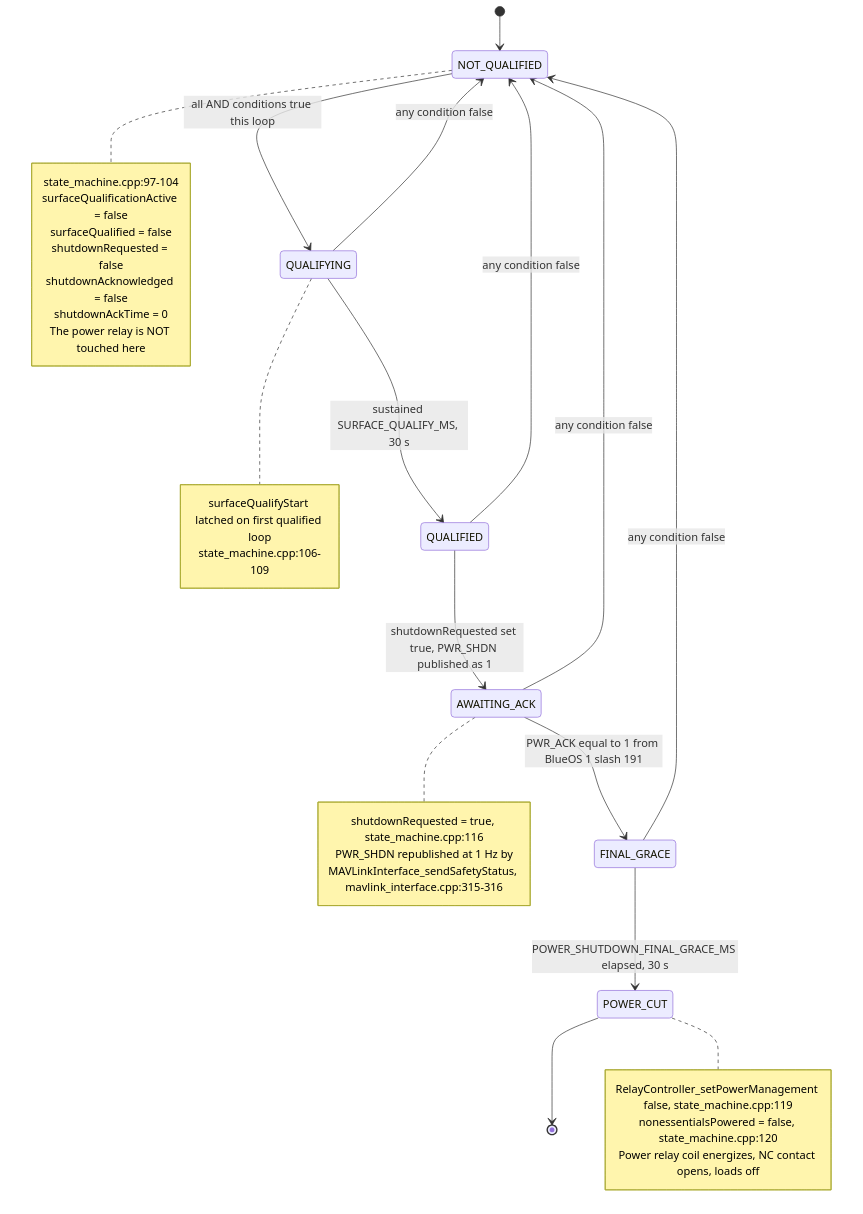
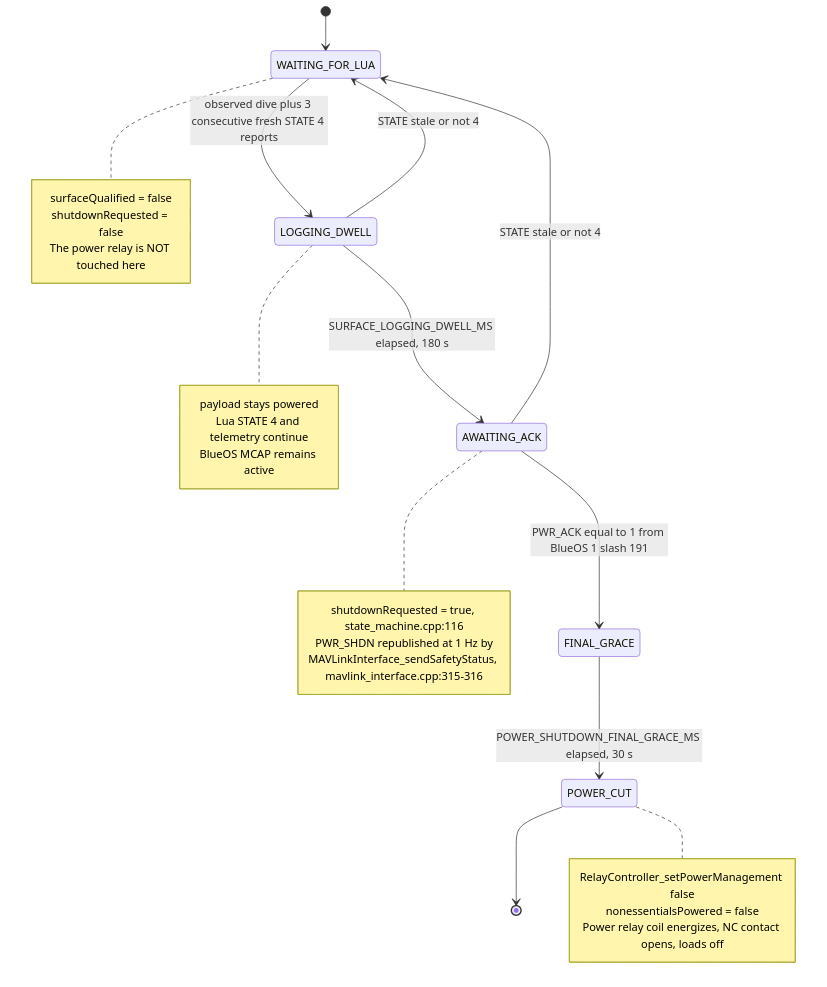
The fourth of 6 diagrams in docs/STATE_MACHINE_DIAGRAM.md (brianhBR/Doris-AGT-Firmware), drawn with Mermaid before and after one commit. The commit also changed other lines of this file and 9 other files, not shown here.

First line of the commit message:
feat: make Lua recovery the shutdown authority

````diff
--- a/docs/STATE_MACHINE_DIAGRAM.md
+++ b/docs/STATE_MACHINE_DIAGRAM.md
@@ -182,44 +182,38 @@
 ```mermaid
 stateDiagram-v2
     direction TB
 
-    [*] --> NOT_QUALIFIED
+    [*] --> WAITING_FOR_LUA
 
-    NOT_QUALIFIED --> QUALIFYING : all AND conditions true this loop
-    QUALIFYING --> NOT_QUALIFIED : any condition false
-    QUALIFYING --> QUALIFIED : sustained SURFACE_QUALIFY_MS, 30 s
-    QUALIFIED --> NOT_QUALIFIED : any condition false
-    QUALIFIED --> AWAITING_ACK : shutdownRequested set true, PWR_SHDN published as 1
-    AWAITING_ACK --> NOT_QUALIFIED : any condition false
+    WAITING_FOR_LUA --> LOGGING_DWELL : observed dive plus 3 consecutive fresh STATE 4 reports
+    LOGGING_DWELL --> WAITING_FOR_LUA : STATE stale or not 4
+    LOGGING_DWELL --> AWAITING_ACK : SURFACE_LOGGING_DWELL_MS elapsed, 180 s
+    AWAITING_ACK --> WAITING_FOR_LUA : STATE stale or not 4
     AWAITING_ACK --> FINAL_GRACE : PWR_ACK equal to 1 from BlueOS 1 slash 191
-    FINAL_GRACE --> NOT_QUALIFIED : any condition false
     FINAL_GRACE --> POWER_CUT : POWER_SHUTDOWN_FINAL_GRACE_MS elapsed, 30 s
     POWER_CUT --> [*]
 
-    note right of NOT_QUALIFIED
-        state_machine.cpp:97-104
-        surfaceQualificationActive = false
+    note right of WAITING_FOR_LUA
         surfaceQualified = false
         shutdownRequested = false
-        shutdownAcknowledged = false
-        shutdownAckTime = 0
         The power relay is NOT touched here
     end note
 
-    note right of QUALIFYING
-        surfaceQualifyStart latched on first qualified loop
-        state_machine.cpp:106-109
+    note right of LOGGING_DWELL
+        payload stays powered
+        Lua STATE 4 and telemetry continue
+        BlueOS MCAP remains active
     end note
 
     note right of AWAITING_ACK
         shutdownRequested = true, state_machine.cpp:116
         PWR_SHDN republished at 1 Hz by
         MAVLinkInterface_sendSafetyStatus, mavlink_interface.cpp:315-316
     end note
 
     note right of POWER_CUT
-        RelayController_setPowerManagement false, state_machine.cpp:119
-        nonessentialsPowered = false, state_machine.cpp:120
+        RelayController_setPowerManagement false
+        nonessentialsPowered = false
         Power relay coil energizes, NC contact opens, loads off
     end note
 ```
````
